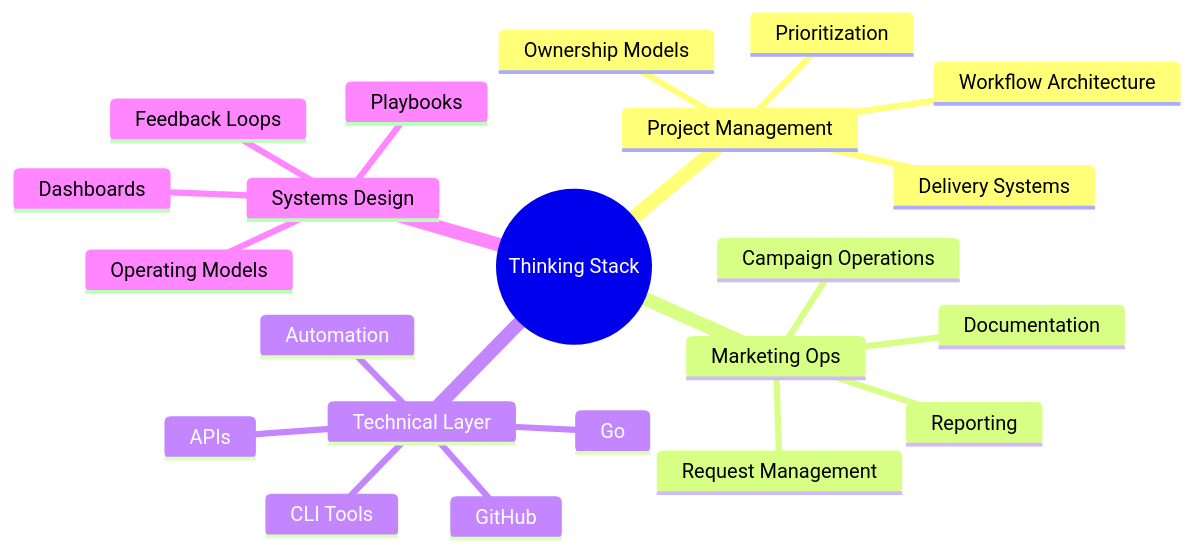
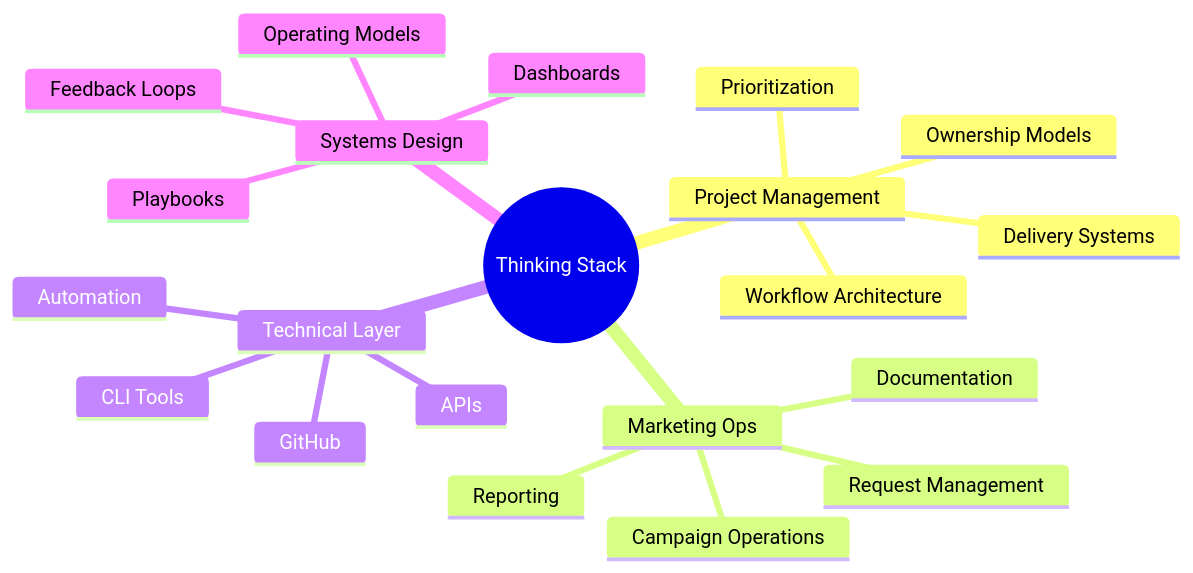
Before and after one commit to he8um/he8um: the third of 3 diagrams in README.md, drawn with Mermaid.

````diff
--- a/README.md
+++ b/README.md
@@ -245,25 +245,24 @@
 ```mermaid
 mindmap
   root((Thinking Stack))
     Project Management
       Workflow Architecture
       Delivery Systems
       Ownership Models
       Prioritization
     Marketing Ops
       Campaign Operations
       Request Management
       Reporting
       Documentation
     Technical Layer
-      Go
       GitHub
       APIs
       CLI Tools
       Automation
     Systems Design
       Feedback Loops
       Dashboards
       Playbooks
       Operating Models
 ```
````
